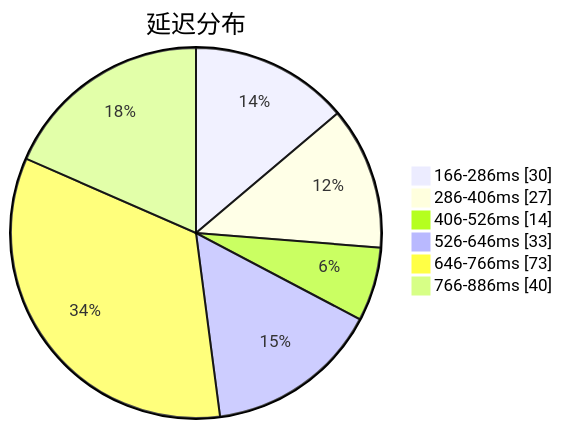
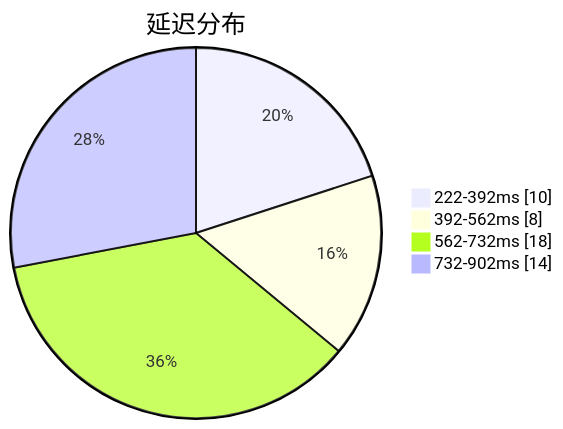
One commit to qjlxg/airport changed the first of 3 diagrams in subs/statistics/tested_within.md. Above: the diagram before and after it, drawn with Mermaid. The commit also changed other lines of this file and 2 other files, not shown here.

Commit message:
Tested by metaST

````diff
--- a/subs/statistics/tested_within.md
+++ b/subs/statistics/tested_within.md
@@ -2,10 +2,8 @@
 ```mermaid
 pie showData
 title 延迟分布
-"166-286ms" : 30
-"286-406ms" : 27
-"406-526ms" : 14
-"526-646ms" : 33
-"646-766ms" : 73
-"766-886ms" : 40
+"222-392ms" : 10
+"392-562ms" : 8
+"562-732ms" : 18
+"732-902ms" : 14
 ```
````
